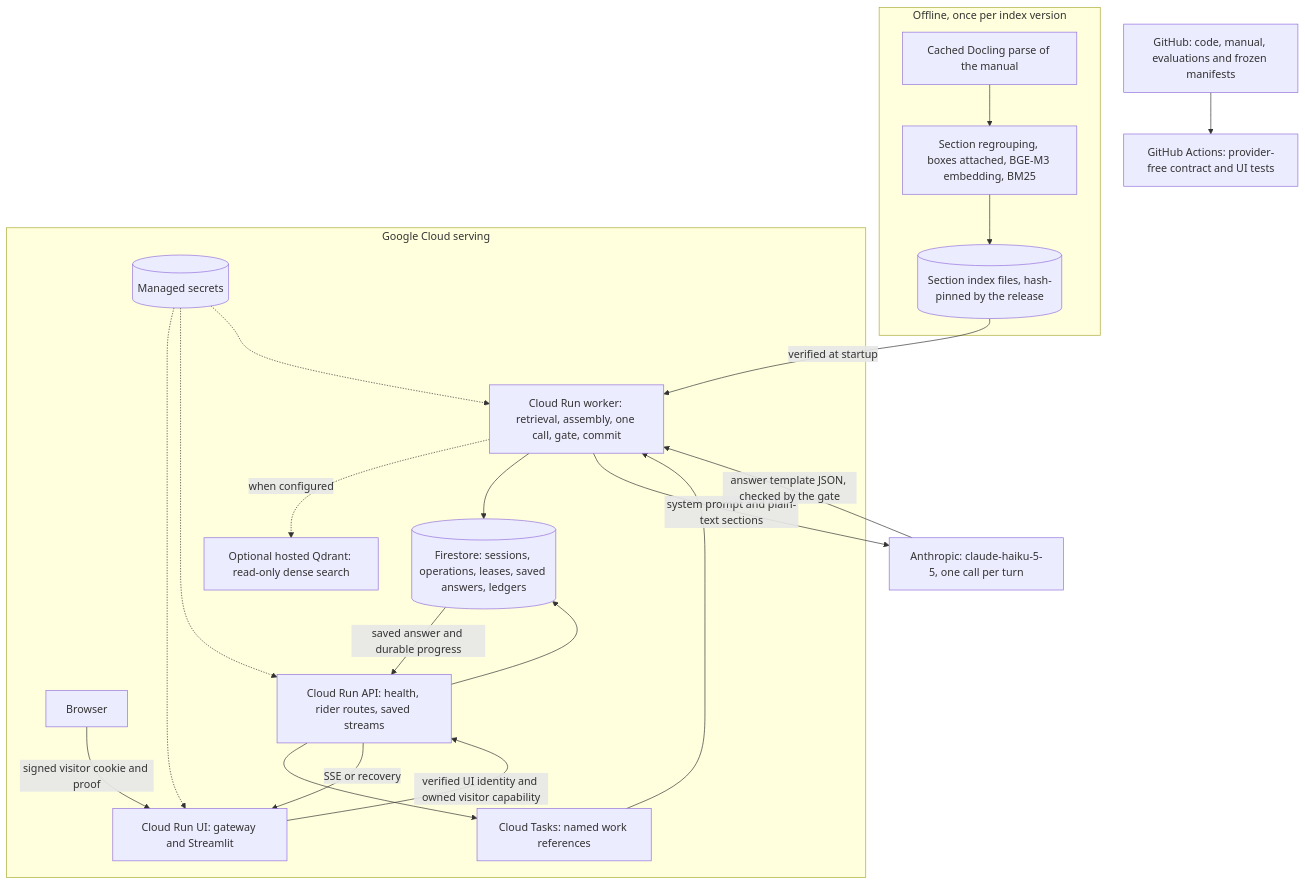
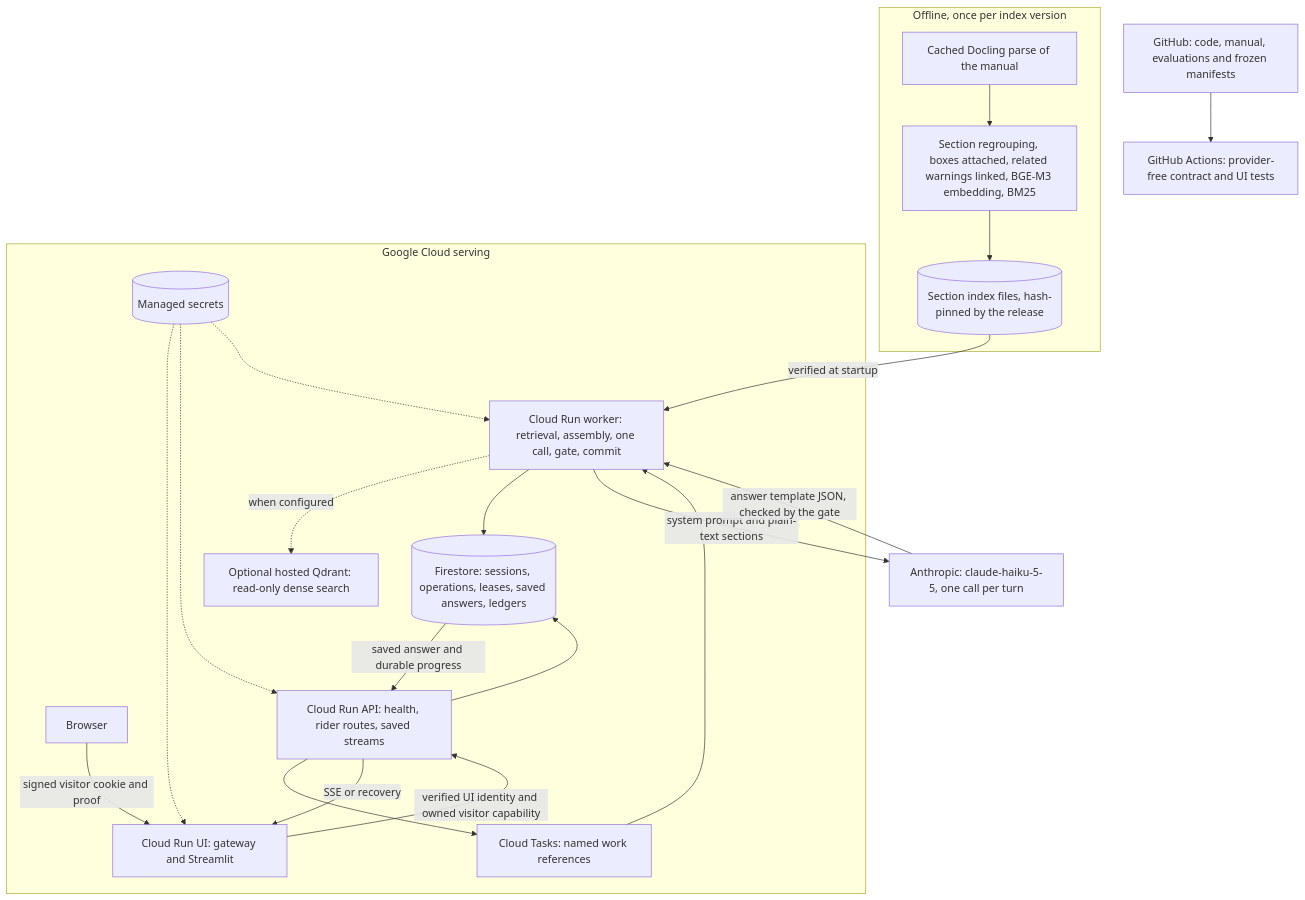
One commit to Maneshwar-Kumar/motomedic-ai changed the diagram in docs/ARCHITECTURE.md. Above: the diagram before and after it, drawn with Mermaid. The commit also changed other lines of this file and 513 other files, not shown here.

First line of the commit message:
Quality round: repeat and wording checks, related warnings, relevance floor, held-out test (serving v11.2)

````diff
--- a/docs/ARCHITECTURE.md
+++ b/docs/ARCHITECTURE.md
@@ -15,39 +15,39 @@
 ```mermaid
 flowchart TB
     GIT[GitHub: code, manual, evaluations and frozen manifests]
     CI[GitHub Actions: provider-free contract and UI tests]
     GIT --> CI
 
     subgraph OFFLINE[Offline, once per index version]
         PARSE[Cached Docling parse of the manual]
-        SECTIONS[Section regrouping, boxes attached, BGE-M3 embedding, BM25]
+        SECTIONS[Section regrouping, boxes attached, related warnings linked, BGE-M3 embedding, BM25]
         INDEXFILES[(Section index files, hash-pinned by the release)]
         PARSE --> SECTIONS --> INDEXFILES
     end
 
     subgraph GCP[Google Cloud serving]
         BROWSER[Browser]
         UI[Cloud Run UI: gateway and Streamlit]
         API[Cloud Run API: health, rider routes, saved streams]
         TASKS[Cloud Tasks: named work references]
         WORKER[Cloud Run worker: retrieval, assembly, one call, gate, commit]
         QDRANT[Optional hosted Qdrant: read-only dense search]
         STATE[(Firestore: sessions, operations, leases, saved answers, ledgers)]
         SECRET[(Managed secrets)]
         BROWSER -->|signed visitor cookie and proof| UI
         UI -->|verified UI identity and owned visitor capability| API
         API --> STATE
         API --> TASKS --> WORKER
         WORKER -.->|when configured| QDRANT
         WORKER --> STATE
         STATE -->|saved answer and durable progress| API -->|SSE or recovery| UI
         SECRET -.-> UI
         SECRET -.-> API
         SECRET -.-> WORKER
     end
 
     INDEXFILES -->|verified at startup| WORKER
     ANTHROPIC[Anthropic: claude-haiku-5-5, one call per turn]
     WORKER -->|system prompt and plain-text sections| ANTHROPIC
     ANTHROPIC -->|answer template JSON, checked by the gate| WORKER
 ```
````
